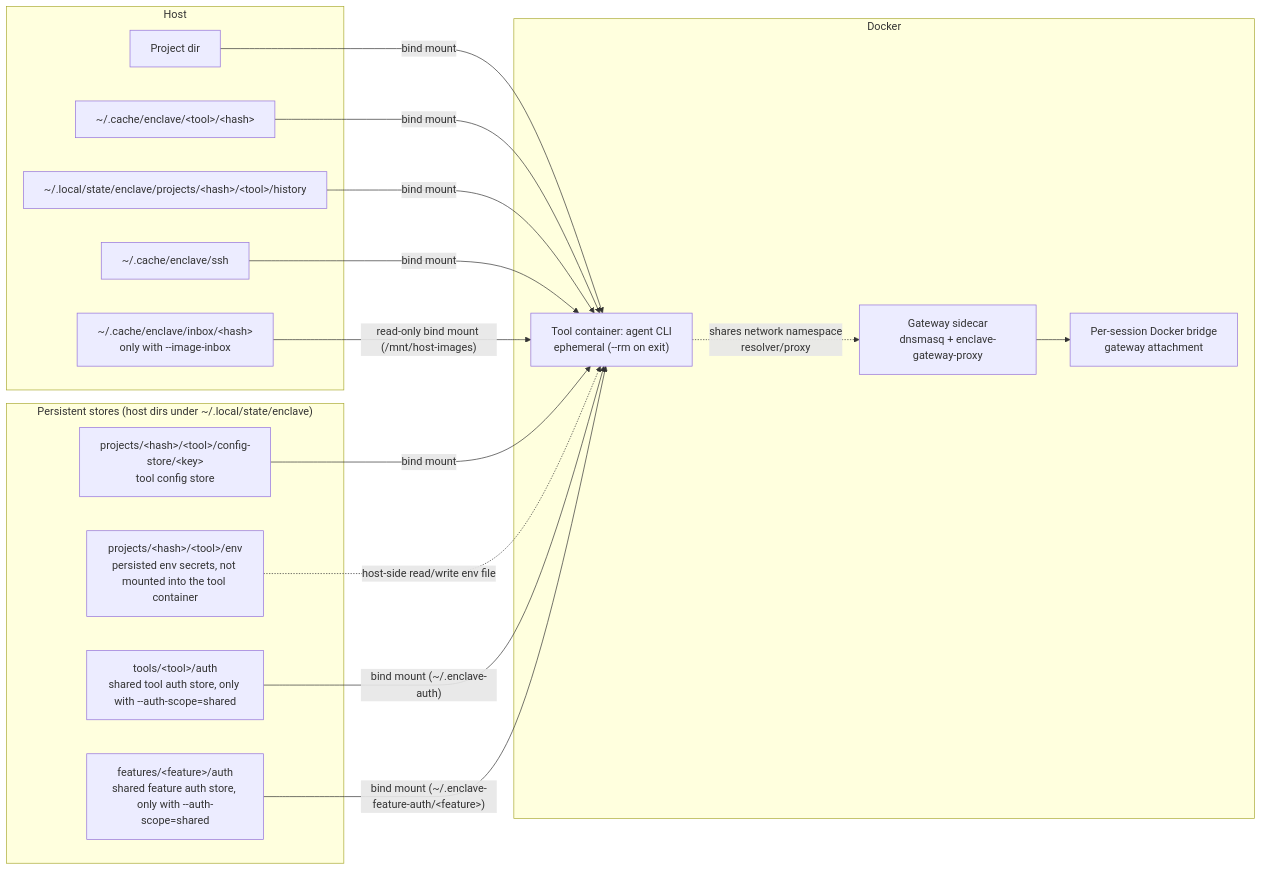
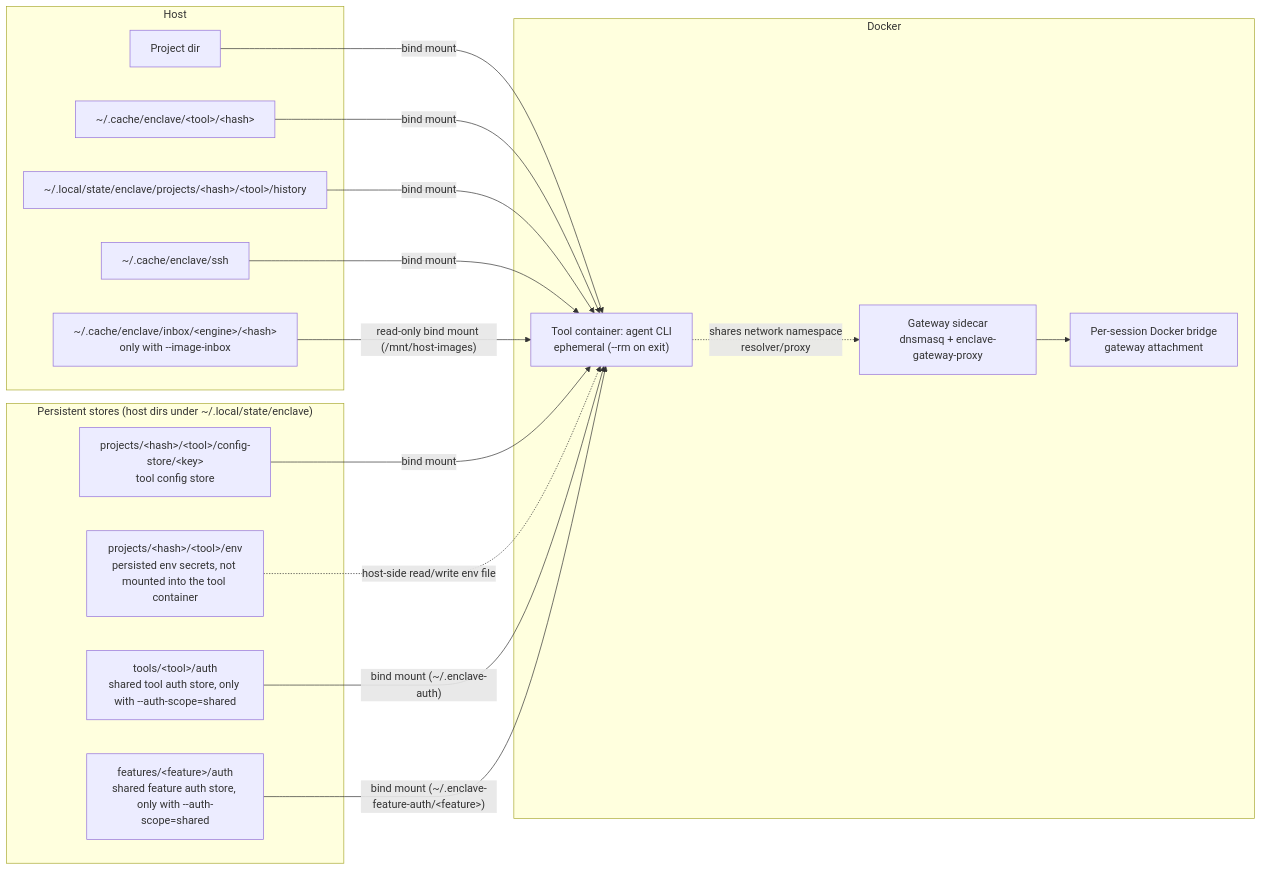
One commit to eclipse-enclave/enclave changed the first of 2 diagrams in docs/ARCHITECTURE.md. Above: the diagram before and after it, drawn with Mermaid. The commit also changed 12 other files, not shown here.

Commit message:
fix: keep image inbox sweeps to their own container engine

````diff
--- a/docs/ARCHITECTURE.md
+++ b/docs/ARCHITECTURE.md
@@ -32,35 +32,35 @@
 ```mermaid
 flowchart LR
     subgraph Host
         ProjectDir["Project dir"]
         CacheDir["~/.cache/enclave/&lt;tool&gt;/&lt;hash&gt;"]
         HistoryDir["~/.local/state/enclave/projects/&lt;hash&gt;/&lt;tool&gt;/history"]
         SSHDir["~/.cache/enclave/ssh"]
-        InboxDir["~/.cache/enclave/inbox/&lt;hash&gt;<br/>only with --image-inbox"]
+        InboxDir["~/.cache/enclave/inbox/&lt;engine&gt;/&lt;hash&gt;<br/>only with --image-inbox"]
     end
 
     subgraph Stores["Persistent stores (host dirs under ~/.local/state/enclave)"]
         ConfigStore["projects/&lt;hash&gt;/&lt;tool&gt;/config-store/&lt;key&gt;<br/>tool config store"]
         EnvStore["projects/&lt;hash&gt;/&lt;tool&gt;/env<br/>persisted env secrets, not mounted into the tool container"]
         SharedAuthStore["tools/&lt;tool&gt;/auth<br/>shared tool auth store, only with --auth-scope=shared"]
         FeatureAuthStore["features/&lt;feature&gt;/auth<br/>shared feature auth store, only with --auth-scope=shared"]
     end
 
     subgraph Docker
         DnsNet["Per-session Docker bridge<br/>gateway attachment"]
         Gateway["Gateway sidecar<br/>dnsmasq + enclave-gateway-proxy"]
         Tool["Tool container: agent CLI<br/>ephemeral (--rm on exit)"]
     end
 
     ProjectDir -->|"bind mount"| Tool
     CacheDir -->|"bind mount"| Tool
     HistoryDir -->|"bind mount"| Tool
     SSHDir -->|"bind mount"| Tool
     InboxDir -->|"read-only bind mount (/mnt/host-images)"| Tool
     ConfigStore -->|"bind mount"| Tool
     EnvStore -.->|"host-side read/write env file"| Tool
     SharedAuthStore -->|"bind mount (~/.enclave-auth)"| Tool
     FeatureAuthStore -->|"bind mount (~/.enclave-feature-auth/&lt;feature&gt;)"| Tool
     Gateway --> DnsNet
     Tool -.->|"shares network namespace<br/>resolver/proxy"| Gateway
 ```
````
